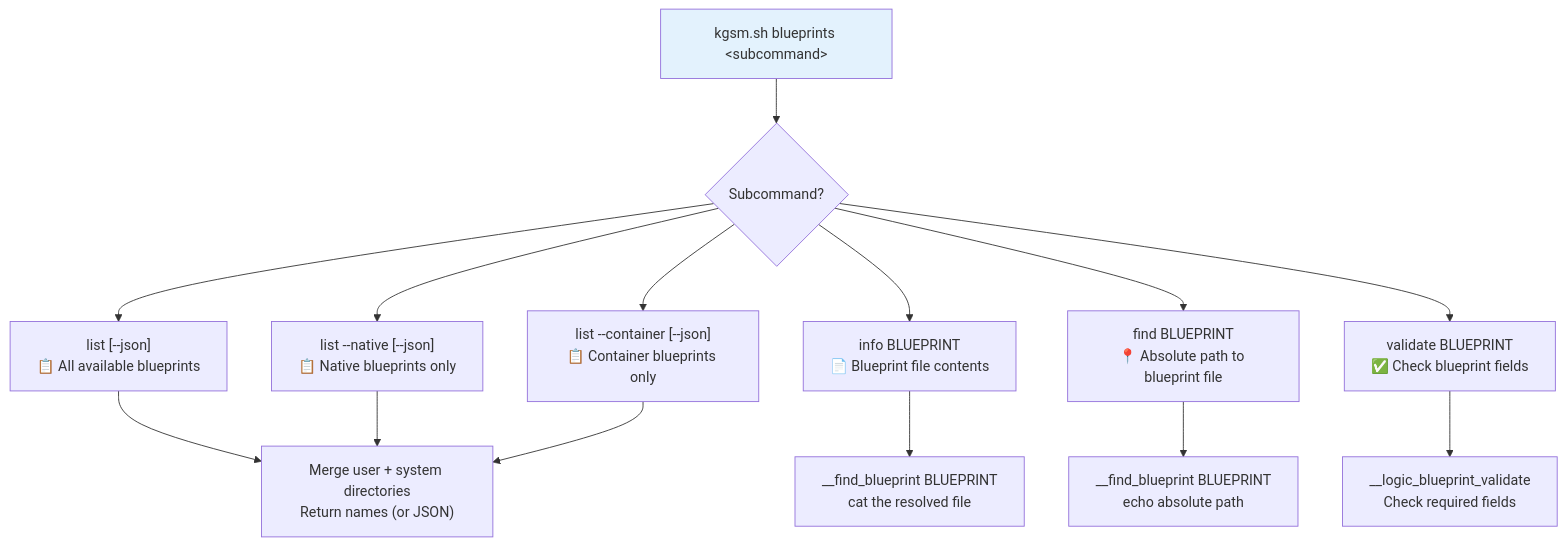
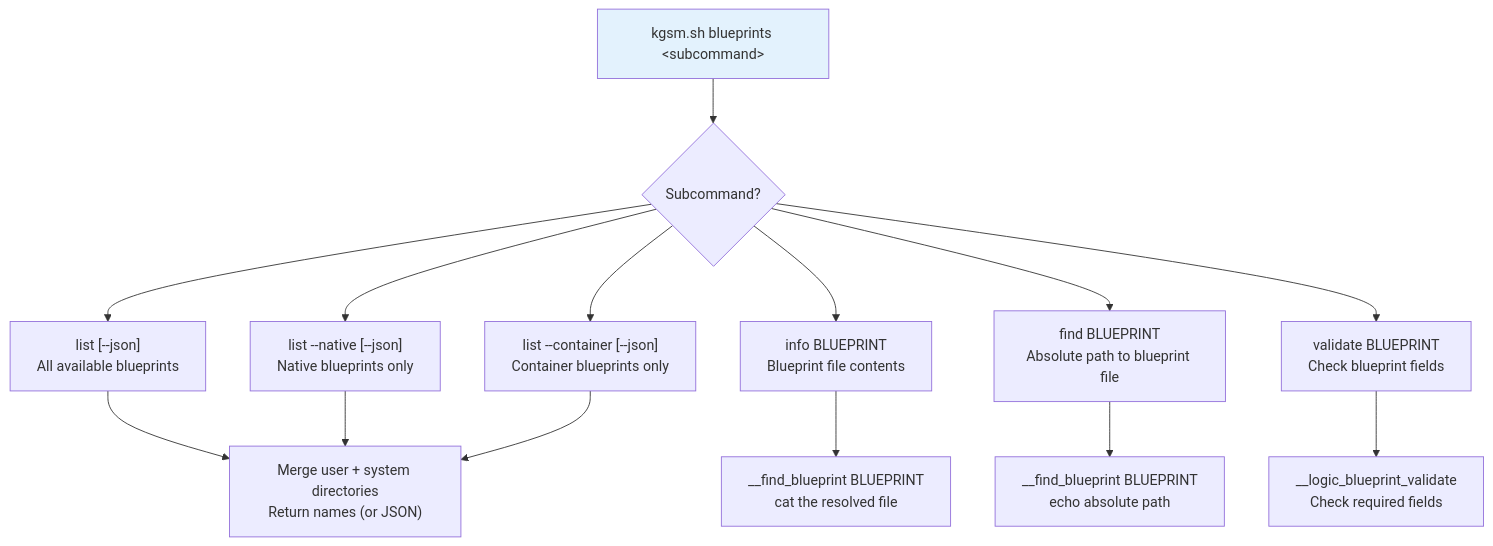
One commit to TheKrystalShip/kgsm changed the seventh of 9 diagrams in docs/execution_flows.md. Above: the diagram before and after it, drawn with Mermaid. The commit also changed other lines of this file and 10 other files, not shown here.

````diff
--- a/docs/execution_flows.md
+++ b/docs/execution_flows.md
@@ -389,18 +389,18 @@
 ```mermaid
 graph TD
     A["kgsm.sh blueprints &lt;subcommand&gt;"] --> B{Subcommand?}
 
-    B --> C["list [--json]<br/>📋 All available blueprints"]
-    B --> D["list --native [--json]<br/>📋 Native blueprints only"]
-    B --> E["list --container [--json]<br/>📋 Container blueprints only"]
-    B --> F["info BLUEPRINT<br/>📄 Blueprint file contents"]
-    B --> G["find BLUEPRINT<br/>📍 Absolute path to blueprint file"]
-    B --> H["validate BLUEPRINT<br/>✅ Check blueprint fields"]
+    B --> C["list [--json]<br/>All available blueprints"]
+    B --> D["list --native [--json]<br/>Native blueprints only"]
+    B --> E["list --container [--json]<br/>Container blueprints only"]
+    B --> F["info BLUEPRINT<br/>Blueprint file contents"]
+    B --> G["find BLUEPRINT<br/>Absolute path to blueprint file"]
+    B --> H["validate BLUEPRINT<br/>Check blueprint fields"]
 
     C & D & E --> J["Merge user + system directories<br/>Return names (or JSON)"]
     F --> K["__find_blueprint BLUEPRINT<br/>cat the resolved file"]
     G --> L["__find_blueprint BLUEPRINT<br/>echo absolute path"]
     H --> M["__logic_blueprint_validate<br/>Check required fields"]
 
     style A fill:#e3f2fd
 ```
````
